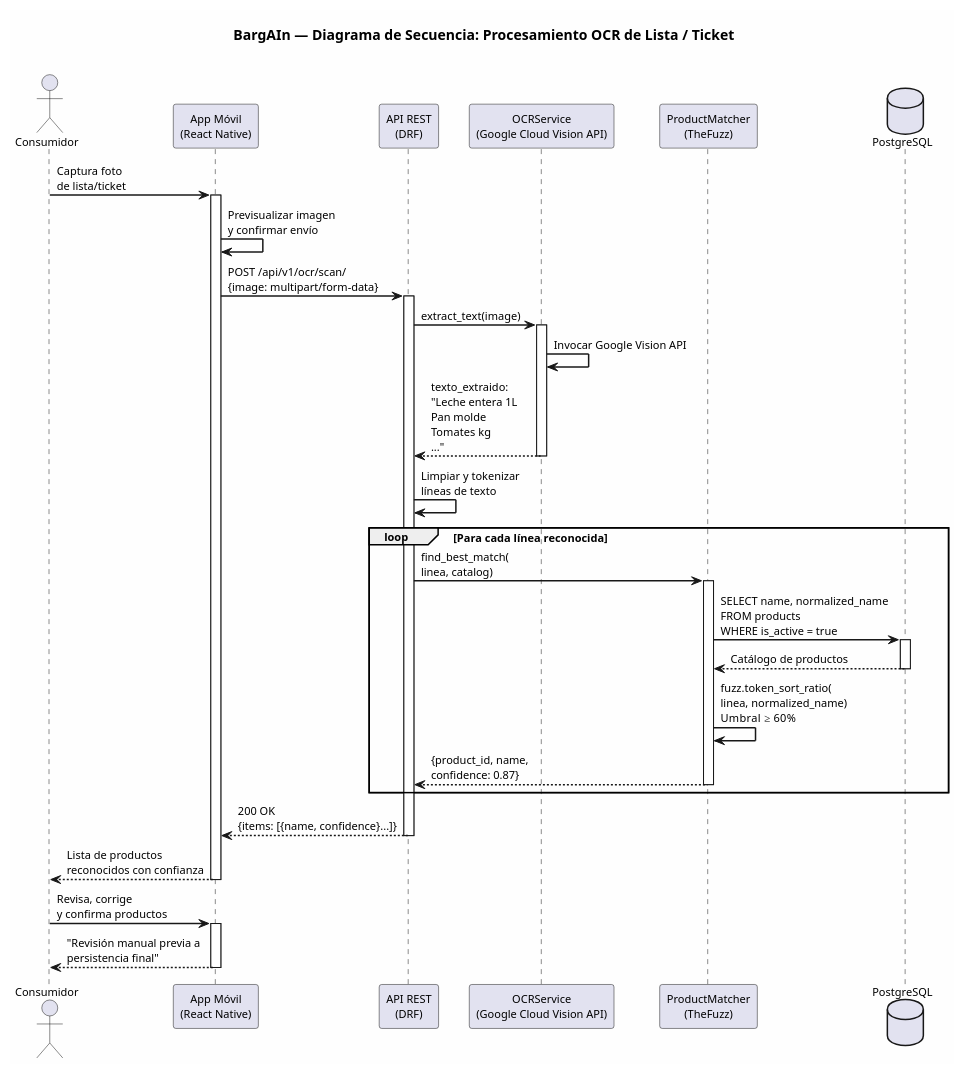
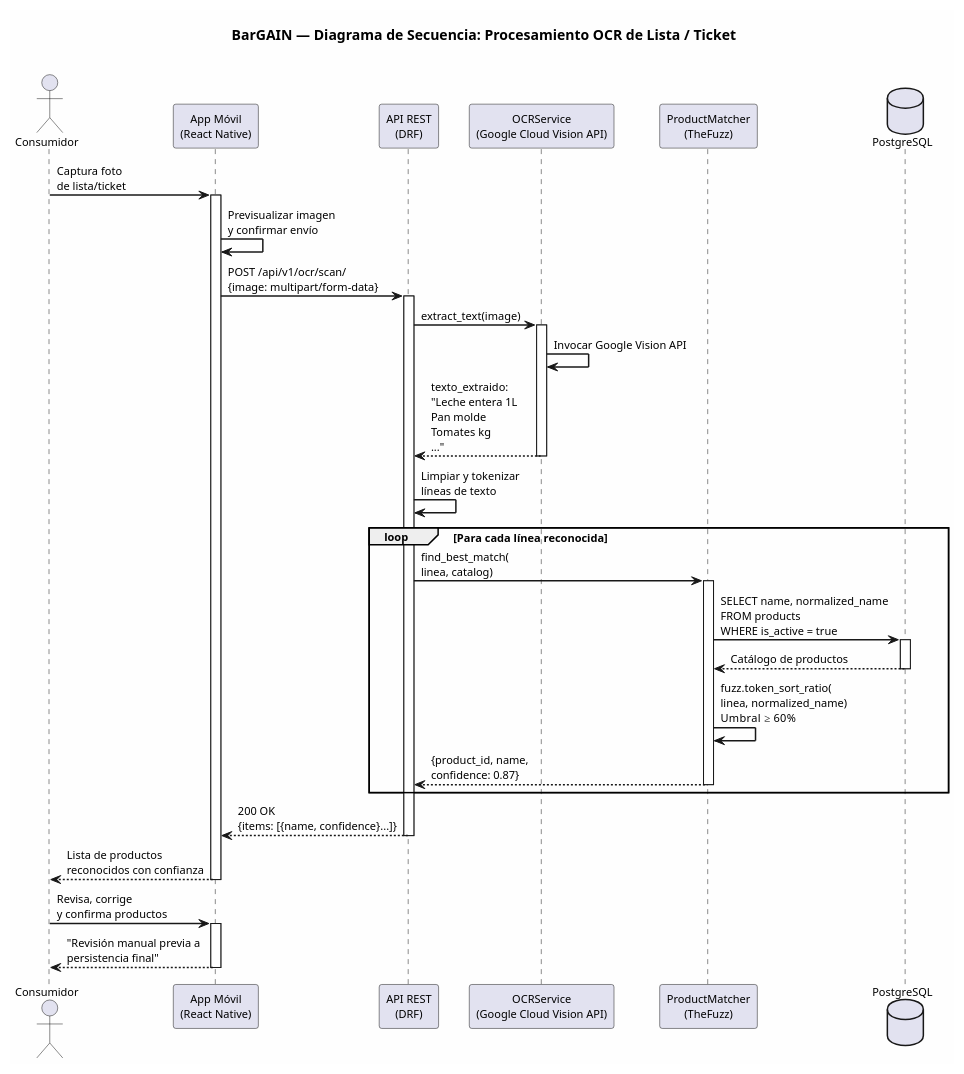
One commit to QHX0329/bargain-tfg changed the diagram in memoriaTFG/Plantilla TfG/diagramas/secuencia/secuencia-ocr.puml. Above: the diagram before and after it, drawn with PlantUML. The commit also changed 196 other files, not shown here.

First line of the commit message:
refactor(marca): renombrar BargAIn a BarGAIN en todo el proyecto

```diff
--- a/memoriaTFG/Plantilla TfG/diagramas/secuencia/secuencia-ocr.puml
+++ b/memoriaTFG/Plantilla TfG/diagramas/secuencia/secuencia-ocr.puml
@@ -1,56 +1,56 @@
 @startuml secuencia-ocr
 skinparam backgroundColor #FEFEFE
 skinparam defaultFontName "Segoe UI"
 skinparam defaultFontSize 11
 skinparam shadowing false
 skinparam sequenceArrowThickness 1.5
 
-title **BargAIn — Diagrama de Secuencia: Procesamiento OCR de Lista / Ticket**\n
+title **BarGAIN — Diagrama de Secuencia: Procesamiento OCR de Lista / Ticket**\n
 
 actor "Consumidor" as user
 participant "App Móvil\n(React Native)" as app
 participant "API REST\n(DRF)" as api
 participant "OCRService\n(Google Cloud Vision API)" as ocr
 participant "ProductMatcher\n(TheFuzz)" as matcher
 database "PostgreSQL" as db
 
 user -> app : Captura foto\nde lista/ticket
 activate app
 
 app -> app : Previsualizar imagen\ny confirmar envío
 
 app -> api : POST /api/v1/ocr/scan/\n{image: multipart/form-data}
 activate api
 
 api -> ocr : extract_text(image)
 activate ocr
 ocr -> ocr : Invocar Google Vision API
 ocr --> api : texto_extraido:\n"Leche entera 1L\nPan molde\nTomates kg\n..."
 deactivate ocr
 
 api -> api : Limpiar y tokenizar\nlíneas de texto
 
 loop Para cada línea reconocida
     api -> matcher : find_best_match(\nlinea, catalog)
     activate matcher
     matcher -> db : SELECT name, normalized_name\nFROM products\nWHERE is_active = true
     activate db
     db --> matcher : Catálogo de productos
     deactivate db
     matcher -> matcher : fuzz.token_sort_ratio(\nlinea, normalized_name)\nUmbral ≥ 60%
     matcher --> api : {product_id, name,\nconfidence: 0.87}
     deactivate matcher
 end
 
 api --> app : 200 OK\n{items: [{name, confidence}...]}
 deactivate api
 
 app --> user : Lista de productos\nreconocidos con confianza
 deactivate app
 
 user -> app : Revisa, corrige\ny confirma productos
 activate app
 app --> user : "Revisión manual previa a\npersistencia final"
 deactivate app
 
 @enduml
```
